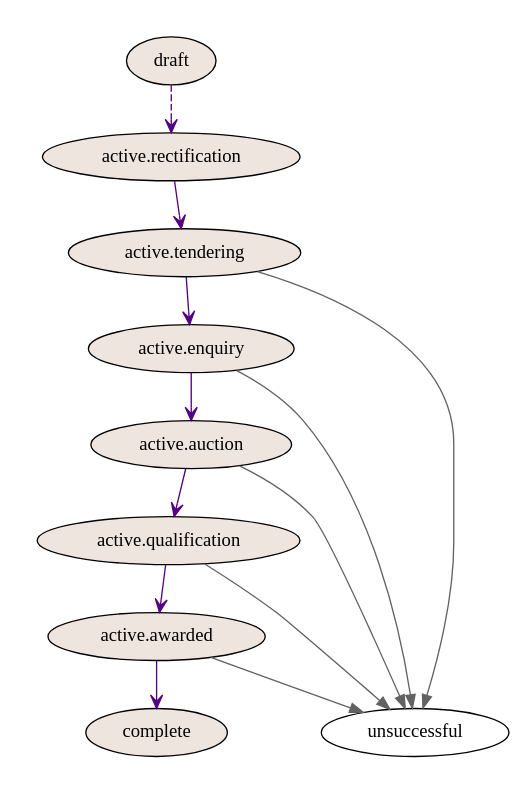
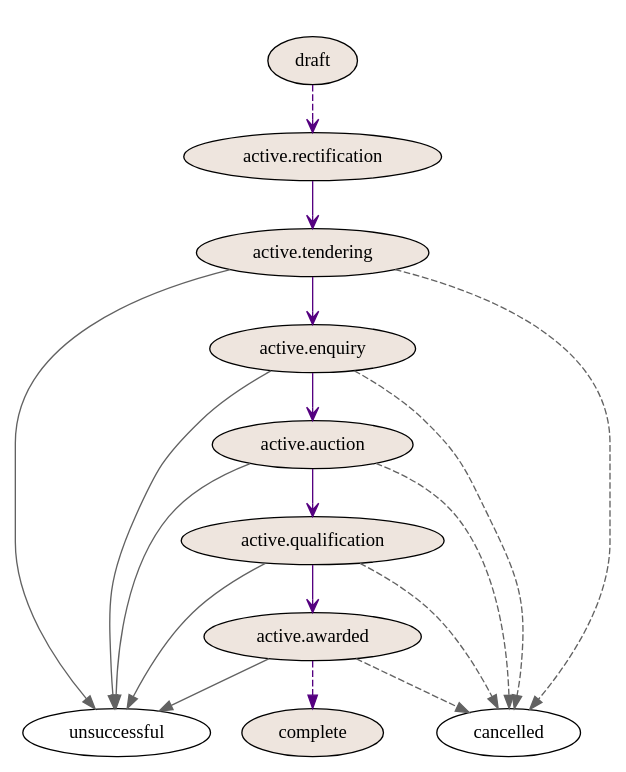
The second of 2 diagrams in docs/source/procedureWorkflow.rst (yevheniimoroziuk/openprocurement.auctions.geb), drawn with Graphviz before and after one commit. The commit also changed other lines of this file and 1 other file, not shown here.

Commit message:
Add cancelling

```diff
--- a/docs/source/procedureWorkflow.rst
+++ b/docs/source/procedureWorkflow.rst
@@ -59,32 +69,45 @@
 .. graphviz::
 
     digraph G {
         subgraph cluster_1 {
             node [style=filled, fillcolor=seashell2];
             edge[style=dashed,  arrowhead="vee"];
             "draft" -> "active.rectification" [color="0.7777 1.0000 0.5020"];
             edge[style=solid,  arrowhead="vee"];
             "active.rectification" -> "active.tendering" [color="0.7777 1.0000 0.5020"];
             edge[style=solid,  arrowhead="vee"];
             "active.tendering" -> "active.enquiry" [color="0.7777 1.0000 0.5020"];
             edge[style=solid,  arrowhead="vee"];
             "active.enquiry" -> "active.auction" [color="0.7777 1.0000 0.5020"];
             edge[style=solid,  arrowhead="vee"];
             "active.auction" -> "active.qualification" [color="0.7777 1.0000 0.5020"];
             edge[dir="forward"];
             "active.qualification" -> "active.awarded" [color="0.7777 1.0000 0.5020"];
-            edge[dir="forward"];
-            "active.awarded" -> "complete" [color="0.7777 1.0000 0.5020"];         
         color=white;
         }
         edge[style=solid]
         "active.tendering" -> "unsuccessful" [color="0.0000 0.0000 0.3882"];
         edge[style=solid]
         "active.enquiry" -> "unsuccessful" [color="0.0000 0.0000 0.3882"];
         edge[style=solid]
         "active.auction" -> "unsuccessful" [color="0.0000 0.0000 0.3882"];
         edge[style=solid]
         "active.qualification" -> "unsuccessful" [color="0.0000 0.0000 0.3882"];
         edge[style=solid];
         "active.awarded" -> "unsuccessful" [color="0.0000 0.0000 0.3882"];
+
+        edge[style=dashed]
+        "active.tendering" -> "cancelled" [color="0.0000 0.0000 0.3882"];
+        edge[style=dashed]
+        "active.enquiry" -> "cancelled" [color="0.0000 0.0000 0.3882"];
+        edge[style=dashed]
+        "active.auction" -> "cancelled" [color="0.0000 0.0000 0.3882"];
+        edge[style=dashed]
+        "active.qualification" -> "cancelled" [color="0.0000 0.0000 0.3882"];
+        edge[style=dashed];
+        "active.awarded" -> "cancelled" [color="0.0000 0.0000 0.3882"];
+
+        node [style=filled, fillcolor=seashell2];
+        edge[dir="forward"];
+        "active.awarded" -> "complete" [color="0.7777 1.0000 0.5020"];      
     }
```
